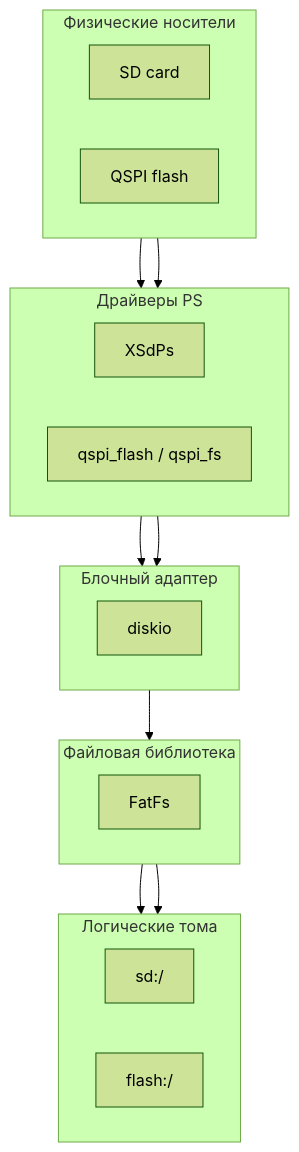
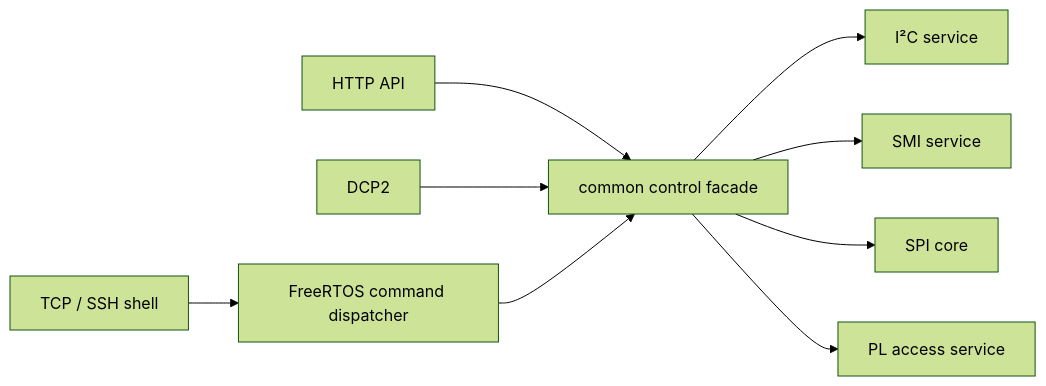
The fifth of 6 diagrams in docs/dev/architecture.md (igtrefilov/bvstk), drawn with Mermaid (forest theme) before and after one commit. The commit also changed other lines of this file and 44 other files, not shown here.

````diff
--- a/docs/dev/architecture.md
+++ b/docs/dev/architecture.md
@@ -602,36 +124,11 @@
 ```mermaid
-flowchart TB
-    subgraph l1["Физические носители"]
-        direction LR
-        sd_hw["SD card"]
-        qspi_hw["QSPI flash"]
-    end
-
-    subgraph l2["Драйверы PS"]
-        direction LR
-        sd_drv["XSdPs"]
-        qspi_drv["qspi_flash / qspi_fs"]
-    end
-
-    subgraph l3["Блочный адаптер"]
-        direction LR
-        diskio["diskio"]
-    end
-
-    subgraph l4["Файловая библиотека"]
-        direction LR
-        fatfs["FatFs"]
-    end
-
-    subgraph l5["Логические тома"]
-        direction LR
-        sd_vol["sd:/"]
-        qspi_vol["flash:/"]
-    end
-
-    sd_hw --> sd_drv --> diskio
-    qspi_hw --> qspi_drv --> diskio
-    diskio --> fatfs
-    fatfs --> sd_vol
-    fatfs --> qspi_vol
+flowchart LR
+    SHELL["TCP / SSH shell"] --> DISPATCH["FreeRTOS command dispatcher"]
+    HTTP["HTTP API"] --> CONTROL["common control facade"]
+    DCP["DCP2"] --> CONTROL
+    DISPATCH --> CONTROL
+    CONTROL --> I2C["I²C service"]
+    CONTROL --> SMI["SMI service"]
+    CONTROL --> SPI["SPI core"]
+    CONTROL --> MEM["PL access service"]
 ```
````
